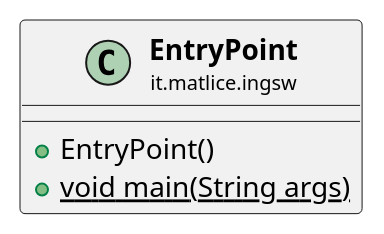
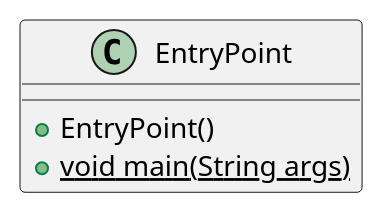
One commit to Matlice/ing_sw_2022 changed the diagram in DOC/VER5/javadocuml/it/matlice/ingsw/EntryPoint.puml. Above: the diagram before and after it, drawn with PlantUML. The commit also changed 9 other files, not shown here.

Commit message:
diagramma classi v2

```diff
--- a/DOC/VER5/javadocuml/it/matlice/ingsw/EntryPoint.puml
+++ b/DOC/VER5/javadocuml/it/matlice/ingsw/EntryPoint.puml
@@ -1,13 +1,8 @@
 @startuml
 
-skinparam svgLinkTarget _parent
-skinparam linetype ortho
-set namespaceSeparator none
-class "<b><size:14>EntryPoint</b>\n<size:10>it.matlice.ingsw" as it.matlice.ingsw.EntryPoint  [[../../../it/matlice/ingsw/EntryPoint.html{it.matlice.ingsw.EntryPoint}]] {
+class EntryPoint {
 +EntryPoint()
 {static} +void main(String args)
 }
 
-
-
 @enduml
```
